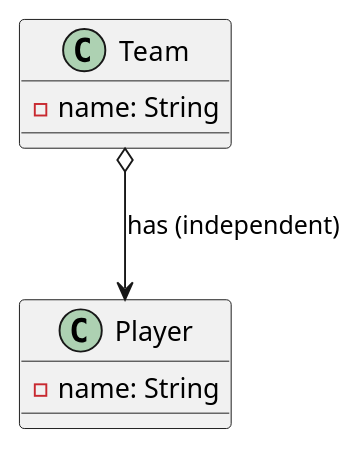
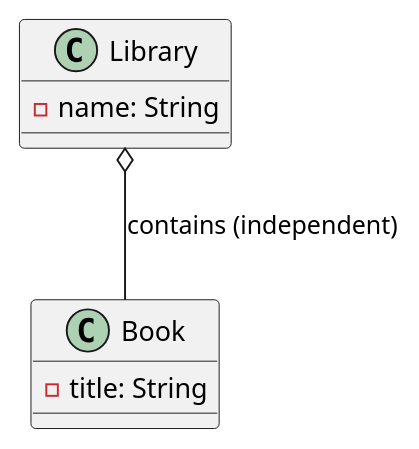
Before and after one commit to andikatjacobdennis/UML: the seventh of 9 diagrams in relationships/UML_Relationships_Tutorial.md, drawn with PlantUML. The commit also changed other lines of this file, not shown here.

````diff
--- a/relationships/UML_Relationships_Tutorial.md
+++ b/relationships/UML_Relationships_Tutorial.md
@@ -125,11 +167,11 @@
 ```plantuml
 @startuml
-class Team {
+class Library {
   -name: String
 }
-class Player {
-  -name: String
+class Book {
+  -title: String
 }
-Team o--> Player : has (independent)
+Library o-- Book : contains (independent)
 @enduml
 ```
````
